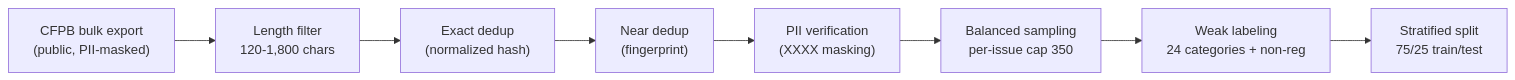
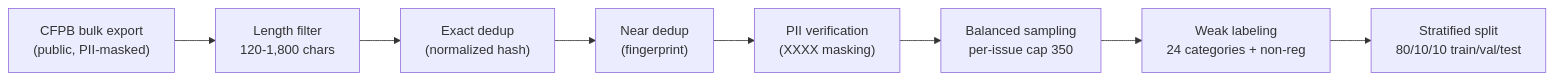
Before and after one commit to zabahana/reg-agents: the diagram in docs/complaint_model/00_data_profile.md, drawn with Mermaid. The commit also changed other lines of this file and 40 other files, not shown here.

````diff
--- a/docs/complaint_model/00_data_profile.md
+++ b/docs/complaint_model/00_data_profile.md
@@ -7,18 +7,18 @@
 ```mermaid
 flowchart LR
     A["CFPB bulk export
 (public, PII-masked)"] --> B["Length filter
 120-1,800 chars"]
     B --> C["Exact dedup
 (normalized hash)"]
     C --> D["Near dedup
 (fingerprint)"]
     D --> E["PII verification
 (XXXX masking)"]
     E --> F["Balanced sampling
 per-issue cap 350"]
     F --> G["Weak labeling
 24 categories + non-reg"]
     G --> H["Stratified split
-75/25 train/test"]
+80/10/10 train/val/test"]
 ```
````
